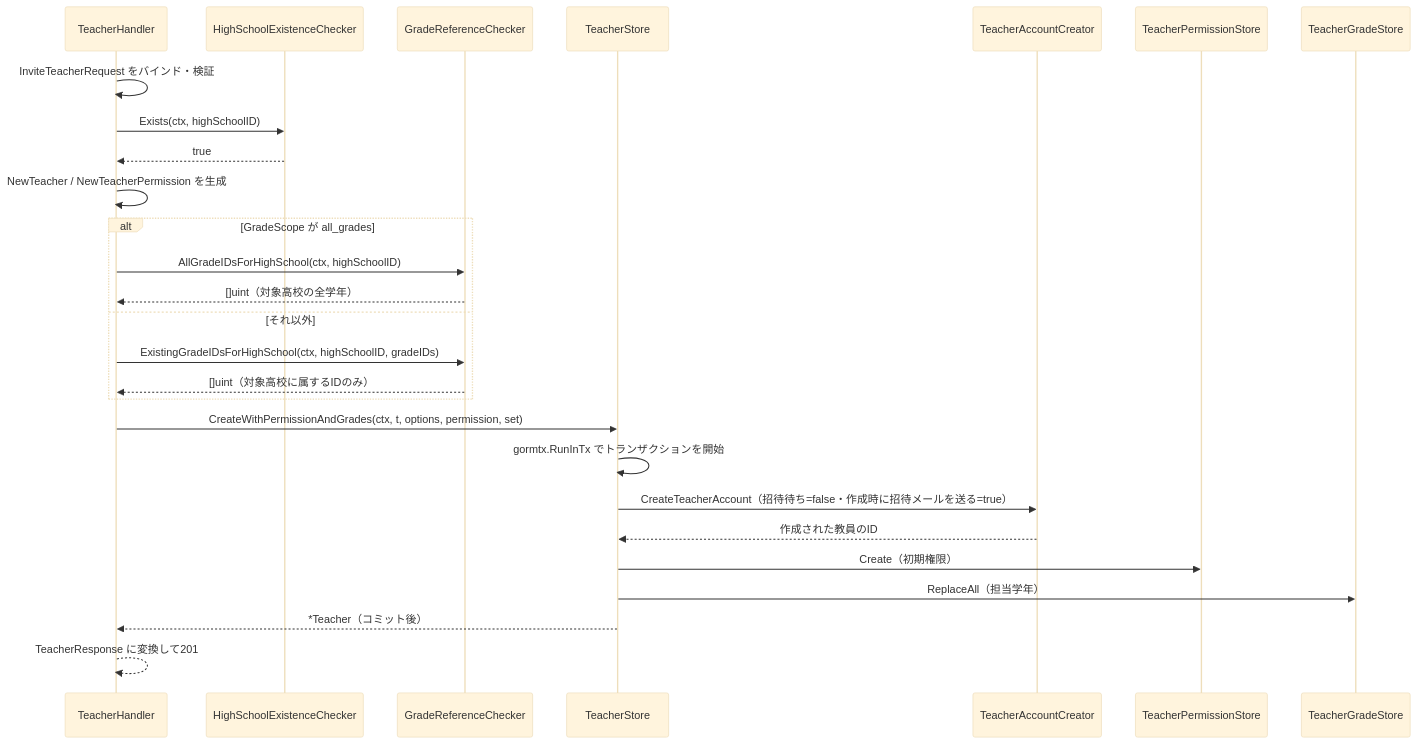
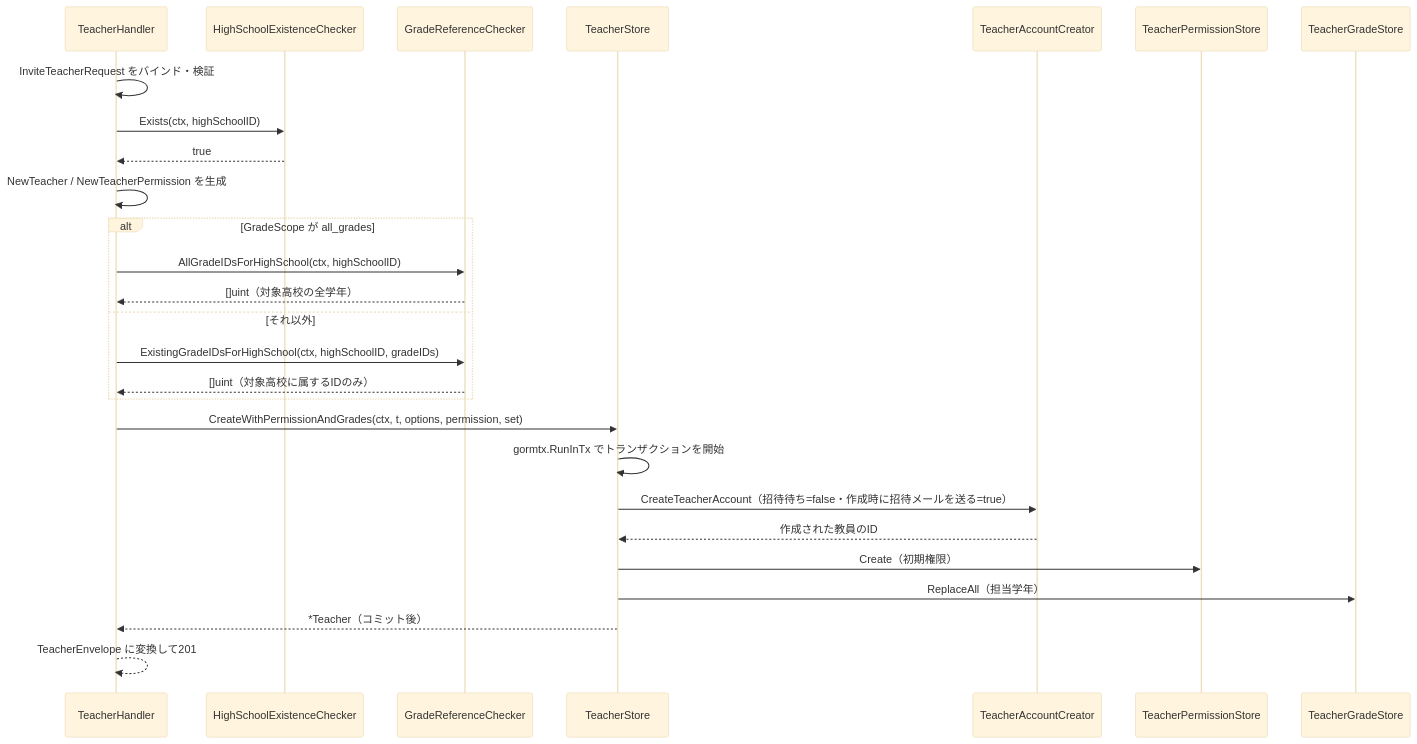
The third of 5 diagrams in 計画書/Go実装仕様書/管理者教員管理機能_Go実装仕様書.md (yuta20253/edu-platform-go-design), drawn with Mermaid (base theme) before and after one commit. The commit also changed other lines of this file and 2 other files, not shown here.

````diff
--- a/計画書/Go実装仕様書/管理者教員管理機能_Go実装仕様書.md
+++ b/計画書/Go実装仕様書/管理者教員管理機能_Go実装仕様書.md
@@ -446,30 +473,30 @@
 ```mermaid
 sequenceDiagram
     participant H as TeacherHandler
     participant HC as HighSchoolExistenceChecker
     participant GC as GradeReferenceChecker
     participant TS as TeacherStore
     participant AC as TeacherAccountCreator
     participant PS as TeacherPermissionStore
     participant GS as TeacherGradeStore
 
     H->>H: InviteTeacherRequest をバインド・検証
     H->>HC: Exists(ctx, highSchoolID)
     HC-->>H: true
     H->>H: NewTeacher / NewTeacherPermission を生成
     alt GradeScope が all_grades
         H->>GC: AllGradeIDsForHighSchool(ctx, highSchoolID)
         GC-->>H: []uint（対象高校の全学年）
     else それ以外
         H->>GC: ExistingGradeIDsForHighSchool(ctx, highSchoolID, gradeIDs)
         GC-->>H: []uint（対象高校に属するIDのみ）
     end
     H->>TS: CreateWithPermissionAndGrades(ctx, t, options, permission, set)
     TS->>TS: gormtx.RunInTx でトランザクションを開始
     TS->>AC: CreateTeacherAccount（招待待ち=false・作成時に招待メールを送る=true）
     AC-->>TS: 作成された教員のID
     TS->>PS: Create（初期権限）
     TS->>GS: ReplaceAll（担当学年）
     TS-->>H: *Teacher（コミット後）
-    H-->>H: TeacherResponse に変換して201
+    H-->>H: TeacherEnvelope に変換して201
 ```
````
